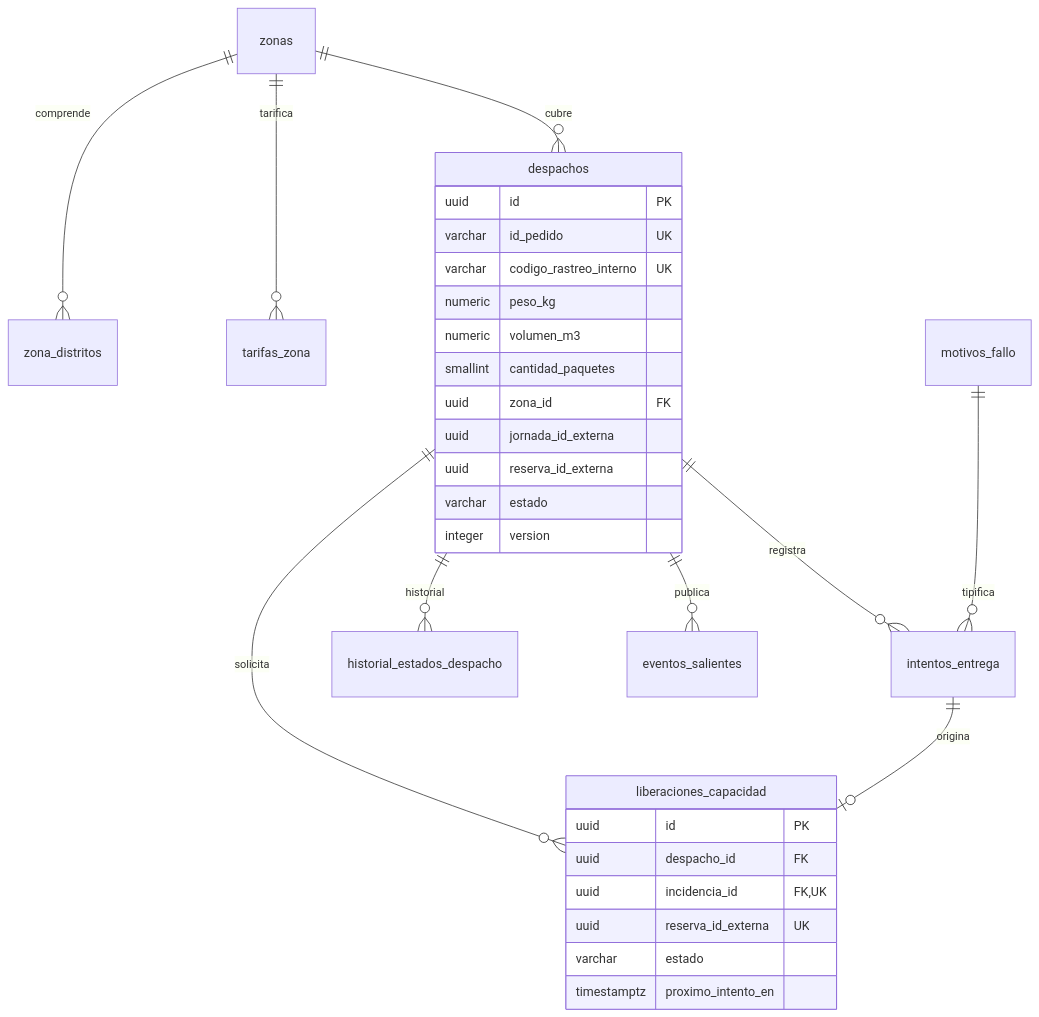
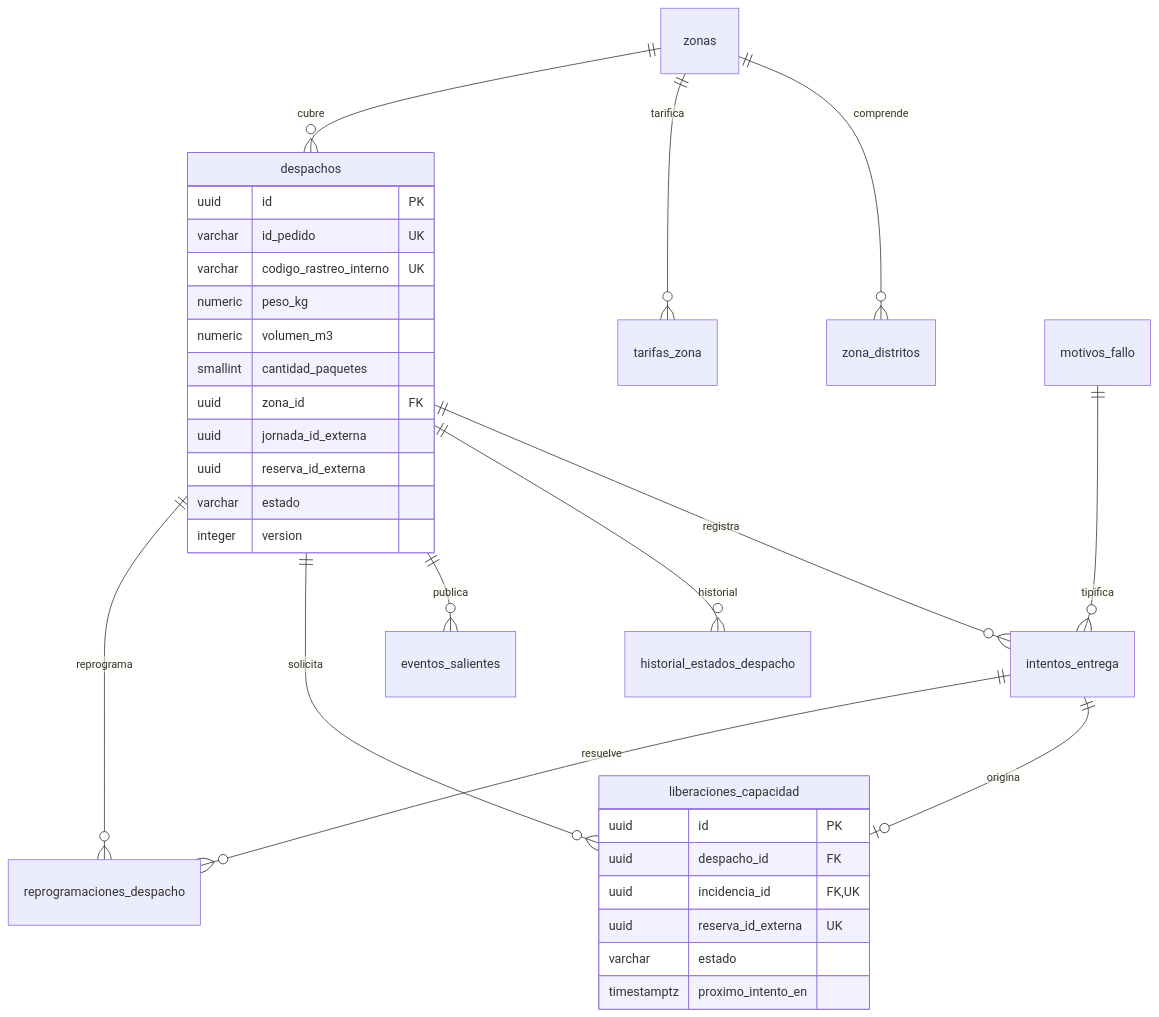
Before and after one commit to Taller-SW-Web/G2-Despacho-Specs: the first of 2 diagrams in arquitectura/modelo-datos.md, drawn with Mermaid. The commit also changed other lines of this file and 16 other files, not shown here.

````diff
--- a/arquitectura/modelo-datos.md
+++ b/arquitectura/modelo-datos.md
@@ -43,35 +43,37 @@
 ```mermaid
 erDiagram
     zonas ||--o{ zona_distritos : comprende
     zonas ||--o{ tarifas_zona : tarifica
     zonas ||--o{ despachos : cubre
     despachos ||--o{ intentos_entrega : registra
     motivos_fallo ||--o{ intentos_entrega : tipifica
     despachos ||--o{ historial_estados_despacho : historial
     despachos ||--o{ eventos_salientes : publica
     despachos ||--o{ liberaciones_capacidad : solicita
     intentos_entrega ||--o| liberaciones_capacidad : origina
+    despachos ||--o{ reprogramaciones_despacho : reprograma
+    intentos_entrega ||--o{ reprogramaciones_despacho : resuelve
 
     liberaciones_capacidad {
         uuid id PK
         uuid despacho_id FK
         uuid incidencia_id FK, UK
         uuid reserva_id_externa UK
         varchar estado
         timestamptz proximo_intento_en
     }
 
     despachos {
         uuid id PK
         varchar id_pedido UK
         varchar codigo_rastreo_interno UK
         numeric peso_kg
         numeric volumen_m3
         smallint cantidad_paquetes
         uuid zona_id FK
         uuid jornada_id_externa
         uuid reserva_id_externa
         varchar estado
         integer version
     }
 ```
````
